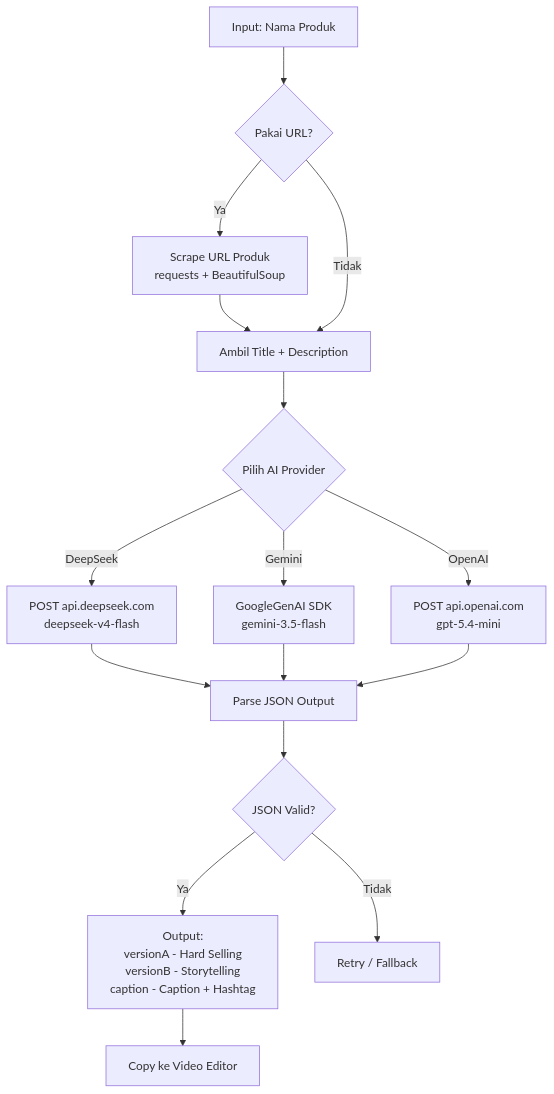
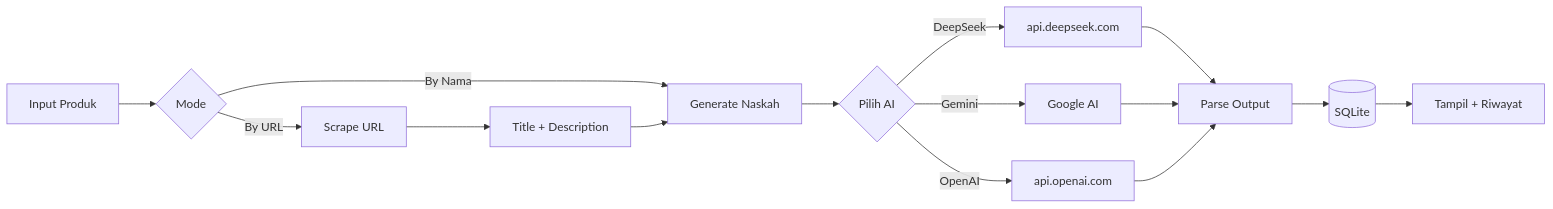
The second of 4 diagrams in PRD.md (Muhira007/mixFlow-Studio), drawn with Mermaid before and after one commit. The commit also changed other lines of this file and 35 other files, not shown here.

````diff
--- a/PRD.md
+++ b/PRD.md
@@ -263,23 +91,20 @@
 ```mermaid
-flowchart TD
-    A[Input: Nama Produk] --> B{Pakai URL?}
-    B -- Ya --> C[Scrape URL Produk<br/>requests + BeautifulSoup]
-    C --> D[Ambil Title + Description]
+flowchart LR
+    A[Input Produk] --> B{Mode}
+    B -->|By Nama| C[Generate Naskah]
+    B -->|By URL| D[Scrape URL]
+    D --> E[Title + Description]
+    E --> C
 
-    B -- Tidak --> D
-    D --> E{Pilih AI Provider}
+    C --> F{Pilih AI}
+    F -->|DeepSeek| G[api.deepseek.com]
+    F -->|Gemini| H[Google AI]
+    F -->|OpenAI| I[api.openai.com]
 
-    E -- DeepSeek --> F1[POST api.deepseek.com<br/>deepseek-v4-flash]
-    E -- Gemini --> F2[GoogleGenAI SDK<br/>gemini-3.5-flash]
-    E -- OpenAI --> F3[POST api.openai.com<br/>gpt-5.4-mini]
+    G --> J[Parse Output]
+    H --> J
+    I --> J
 
-    F1 --> G[Parse JSON Output]
-    F2 --> G
-    F3 --> G
-
-    G --> H{JSON Valid?}
-    H -- Ya --> I[Output:<br/>versionA - Hard Selling<br/>versionB - Storytelling<br/>caption - Caption + Hashtag]
-    H -- Tidak --> J[Retry / Fallback]
-
-    I --> K[Copy ke Video Editor]
+    J --> K[(SQLite)]
+    K --> L[Tampil + Riwayat]
 ```
````
